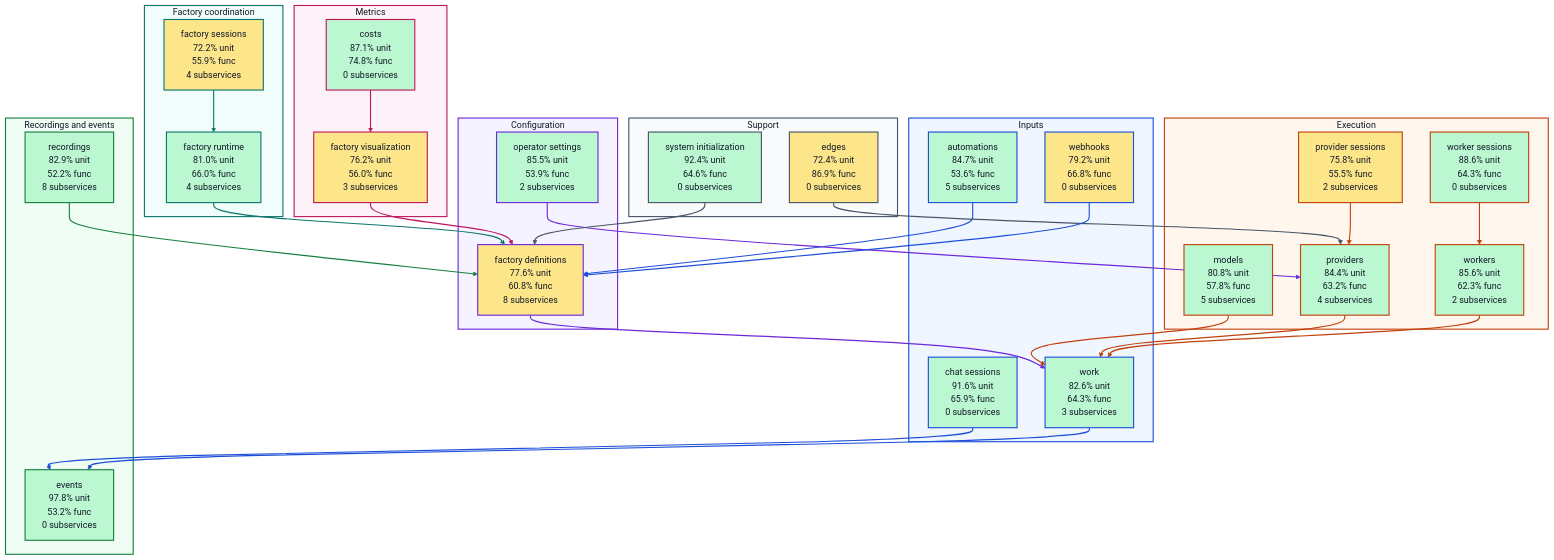
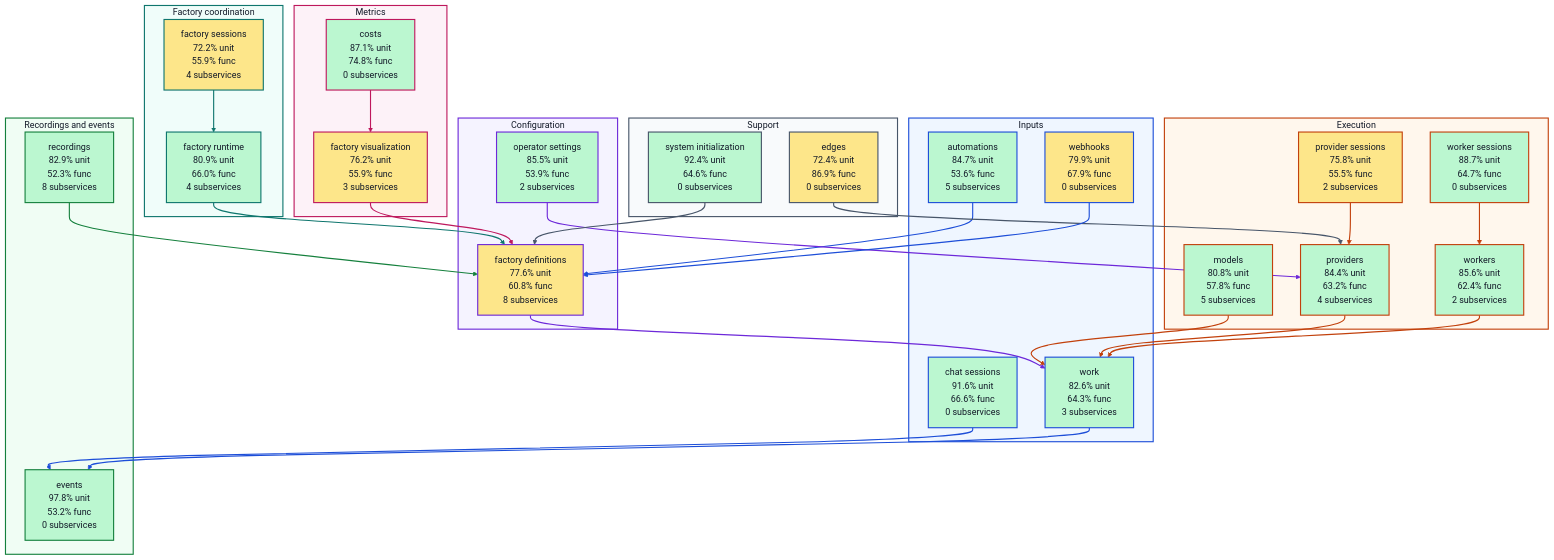
Before and after one commit to portpowered/you-agent-factory: the diagram in docs/architecture/visualizations/high-level-test-coverage.md, drawn with Mermaid. The commit also changed other lines of this file and 20 other files, not shown here.

Commit message:
docs: refresh backend architecture visualizations

```diff
--- a/docs/architecture/visualizations/high-level-test-coverage.md
+++ b/docs/architecture/visualizations/high-level-test-coverage.md
@@ -12,8 +12,8 @@
 flowchart TB
   subgraph input["Inputs"]
     s_services_automations["automations<br/>84.7% unit<br/>53.6% func<br/>5 subservices"]
-    s_services_chat_sessions["chat sessions<br/>91.6% unit<br/>65.9% func<br/>0 subservices"]
-    s_services_webhooks["webhooks<br/>79.2% unit<br/>66.8% func<br/>0 subservices"]
+    s_services_chat_sessions["chat sessions<br/>91.6% unit<br/>66.6% func<br/>0 subservices"]
+    s_services_webhooks["webhooks<br/>79.9% unit<br/>67.9% func<br/>0 subservices"]
     s_services_work["work<br/>82.6% unit<br/>64.3% func<br/>3 subservices"]
   end
   subgraph configuration["Configuration"]
@@ -21,23 +21,23 @@
     s_services_operator_settings["operator settings<br/>85.5% unit<br/>53.9% func<br/>2 subservices"]
   end
   subgraph coordination["Factory coordination"]
-    s_services_factory_runtime["factory runtime<br/>81.0% unit<br/>66.0% func<br/>4 subservices"]
+    s_services_factory_runtime["factory runtime<br/>80.9% unit<br/>66.0% func<br/>4 subservices"]
     s_services_factory_sessions["factory sessions<br/>72.2% unit<br/>55.9% func<br/>4 subservices"]
   end
   subgraph execution["Execution"]
     s_services_models["models<br/>80.8% unit<br/>57.8% func<br/>5 subservices"]
     s_services_provider_sessions["provider sessions<br/>75.8% unit<br/>55.5% func<br/>2 subservices"]
     s_services_providers["providers<br/>84.4% unit<br/>63.2% func<br/>4 subservices"]
-    s_services_worker_sessions["worker sessions<br/>88.6% unit<br/>64.3% func<br/>0 subservices"]
-    s_services_workers["workers<br/>85.6% unit<br/>62.3% func<br/>2 subservices"]
+    s_services_worker_sessions["worker sessions<br/>88.7% unit<br/>64.7% func<br/>0 subservices"]
+    s_services_workers["workers<br/>85.6% unit<br/>62.4% func<br/>2 subservices"]
   end
   subgraph recordings["Recordings and events"]
     s_services_events["events<br/>97.8% unit<br/>53.2% func<br/>0 subservices"]
-    s_services_recordings["recordings<br/>82.9% unit<br/>52.2% func<br/>8 subservices"]
+    s_services_recordings["recordings<br/>82.9% unit<br/>52.3% func<br/>8 subservices"]
   end
   subgraph metrics["Metrics"]
     s_services_costs["costs<br/>87.1% unit<br/>74.8% func<br/>0 subservices"]
-    s_services_factory_visualization["factory visualization<br/>76.2% unit<br/>56.0% func<br/>3 subservices"]
+    s_services_factory_visualization["factory visualization<br/>76.2% unit<br/>55.9% func<br/>3 subservices"]
   end
   subgraph support["Support"]
     s_services_edges["edges<br/>72.4% unit<br/>86.9% func<br/>0 subservices"]
```
